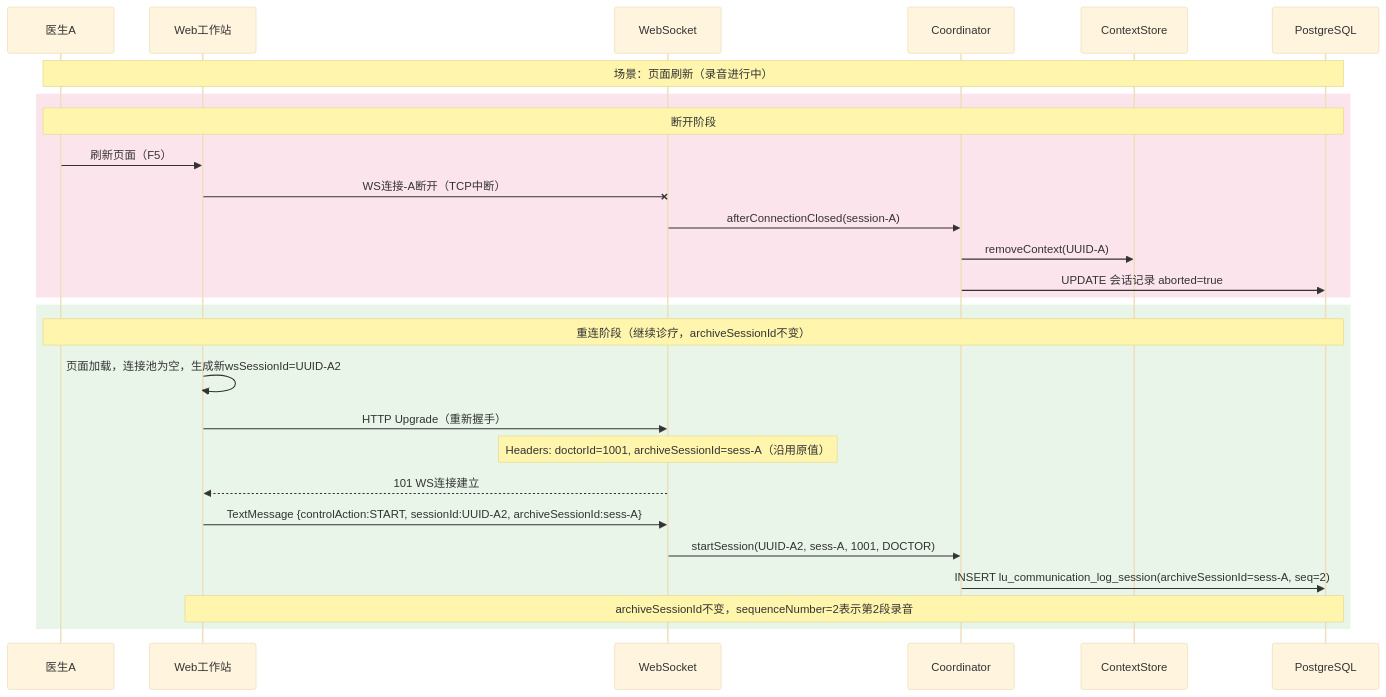
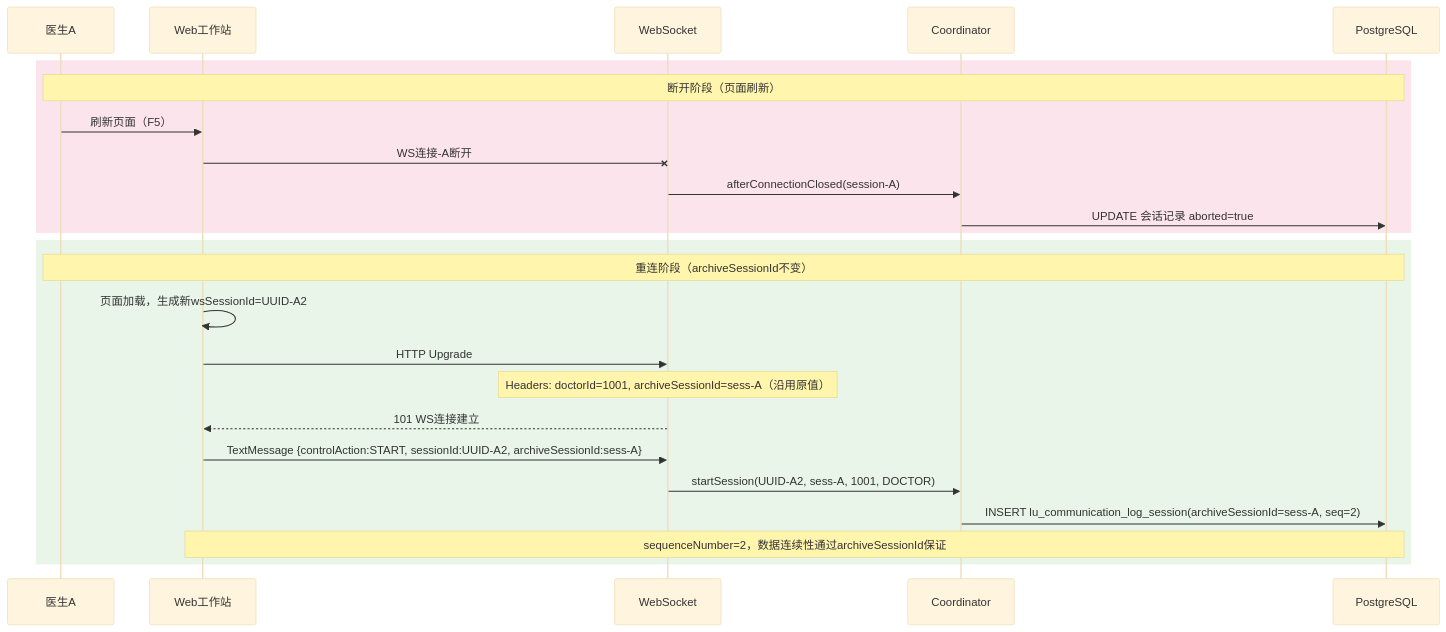
One commit to Gamehu/pictures-bed changed the fifth of 6 diagrams in uml/goodsop/v1.5-recording/web-recording.md. Above: the diagram before and after it, drawn with Mermaid (base theme). The commit also changed other lines of this file and 1 other file, not shown here.

Commit message:
doc: 简化录音架构图，移除接口入参说明（归入详细设计接口设计章节）

````diff
--- a/uml/goodsop/v1.5-recording/web-recording.md
+++ b/uml/goodsop/v1.5-recording/web-recording.md
@@ -309,32 +218,28 @@
 ```mermaid
 sequenceDiagram
     participant 医生A
     participant WEB as Web工作站
     participant GW as WebSocket
     participant Coord as Coordinator
-    participant Store as ContextStore
     participant DB as PostgreSQL
 
-    Note over 医生A,DB: 场景：页面刷新（录音进行中）
-
     rect rgb(252, 228, 236)
-        Note over 医生A,DB: 断开阶段
+        Note over 医生A,DB: 断开阶段（页面刷新）
         医生A ->> WEB: 刷新页面（F5）
-        WEB -x GW: WS连接-A断开（TCP中断）
+        WEB -x GW: WS连接-A断开
         GW ->> Coord: afterConnectionClosed(session-A)
-        Coord ->> Store: removeContext(UUID-A)
         Coord ->> DB: UPDATE 会话记录 aborted=true
     end
 
     rect rgb(232, 245, 232)
-        Note over 医生A,DB: 重连阶段（继续诊疗，archiveSessionId不变）
-        WEB ->> WEB: 页面加载，连接池为空，生成新wsSessionId=UUID-A2
-        WEB ->> GW: HTTP Upgrade（重新握手）
+        Note over 医生A,DB: 重连阶段（archiveSessionId不变）
+        WEB ->> WEB: 页面加载，生成新wsSessionId=UUID-A2
+        WEB ->> GW: HTTP Upgrade
         Note over GW: Headers: doctorId=1001, archiveSessionId=sess-A（沿用原值）
         GW -->> WEB: 101 WS连接建立
         WEB ->> GW: TextMessage {controlAction:START, sessionId:UUID-A2, archiveSessionId:sess-A}
         GW ->> Coord: startSession(UUID-A2, sess-A, 1001, DOCTOR)
         Coord ->> DB: INSERT lu_communication_log_session(archiveSessionId=sess-A, seq=2)
-        Note over WEB,DB: archiveSessionId不变，sequenceNumber=2表示第2段录音
+        Note over WEB,DB: sequenceNumber=2，数据连续性通过archiveSessionId保证
     end
 ```
````
